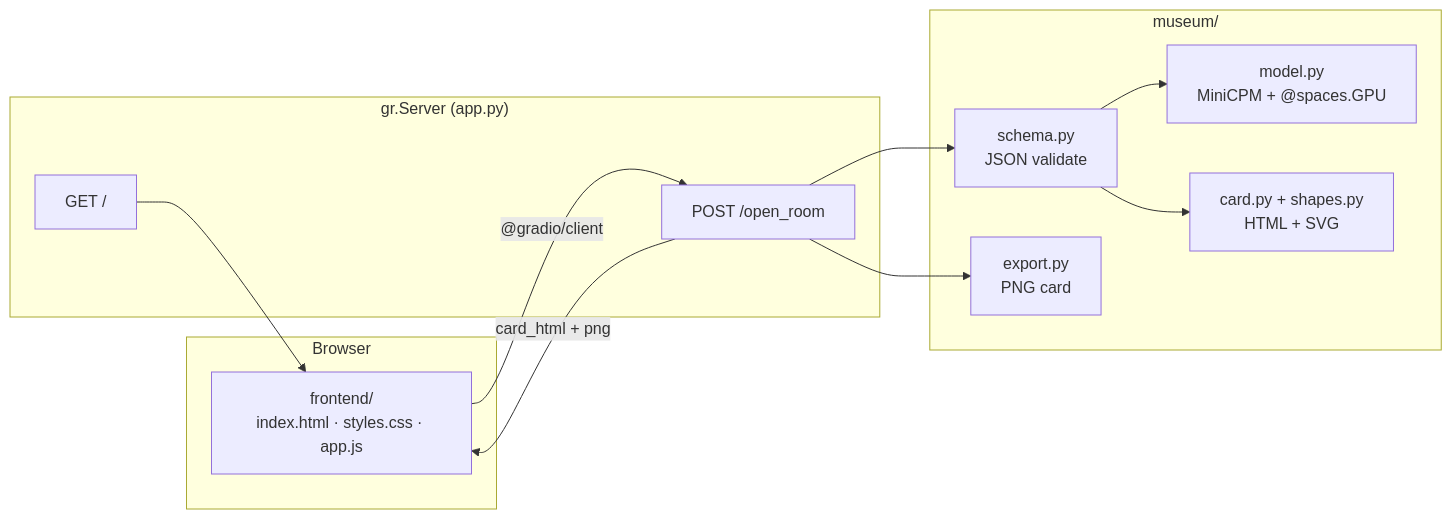
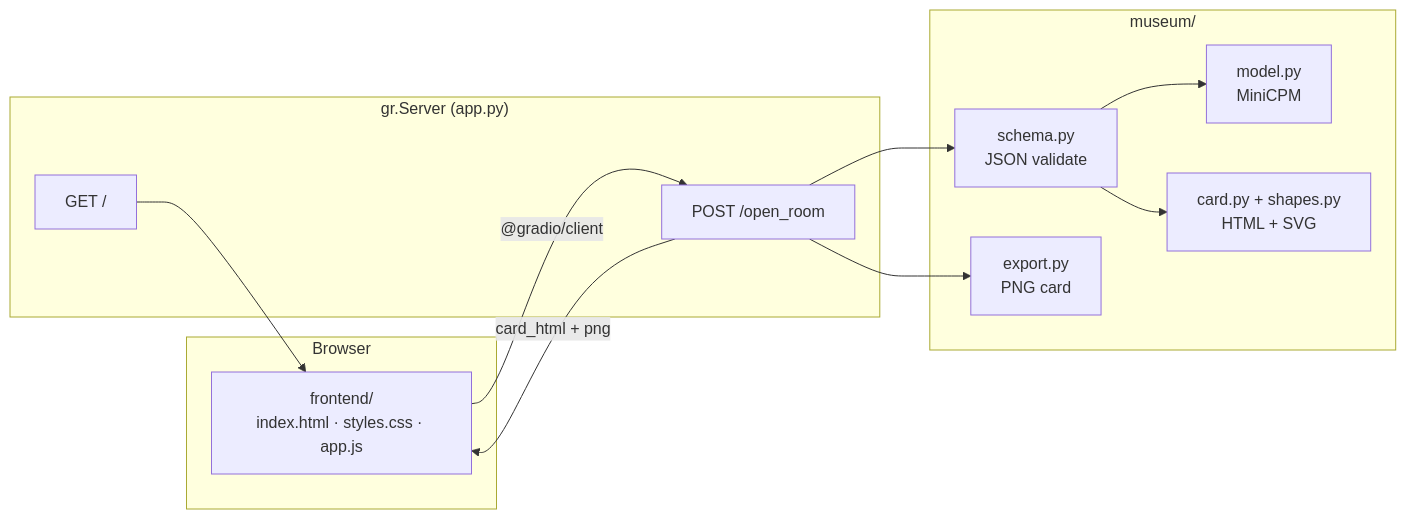
One commit to Rime504/museum-of-unlived-lives changed the diagram in README.md. Above: the diagram before and after it, drawn with Mermaid. The commit also changed other lines of this file, not shown here.

````diff
--- a/README.md
+++ b/README.md
@@ -27,26 +29,26 @@
 ```mermaid
 flowchart LR
   subgraph client["Browser"]
     UI["frontend/<br/>index.html · styles.css · app.js"]
   end
 
   subgraph server["gr.Server (app.py)"]
     GET["GET /"]
     API["POST /open_room"]
   end
 
   subgraph museum["museum/"]
     SCHEMA["schema.py<br/>JSON validate"]
-    MODEL["model.py<br/>MiniCPM + @spaces.GPU"]
+    MODEL["model.py<br/>MiniCPM"]
     CARD["card.py + shapes.py<br/>HTML + SVG"]
     EXPORT["export.py<br/>PNG card"]
   end
 
   UI -->|"@gradio/client"| API
   GET --> UI
   API --> SCHEMA
   SCHEMA --> MODEL
   SCHEMA --> CARD
   API --> EXPORT
   API -->|"card_html + png"| UI
 ```
````
